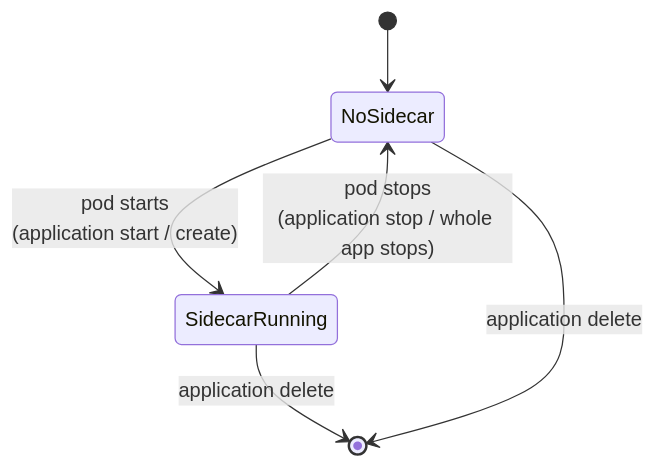
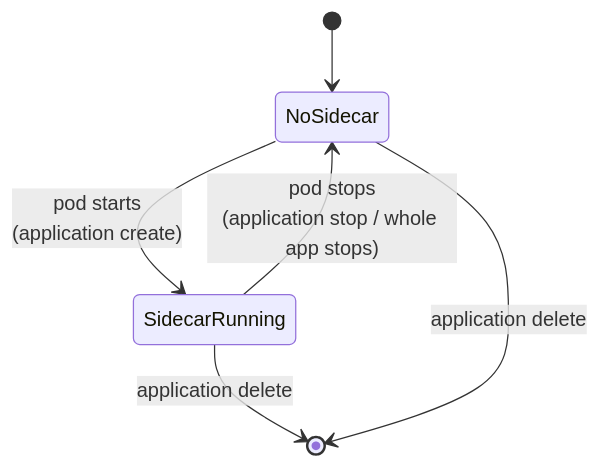
The fifth of 7 diagrams in docs/proposals/mcp-sidecar-proposal.md (IBM/project-ai-services), drawn with Mermaid before and after one commit. The commit also changed other lines of this file, not shown here.

````diff
--- a/docs/proposals/mcp-sidecar-proposal.md
+++ b/docs/proposals/mcp-sidecar-proposal.md
@@ -314,8 +314,8 @@
 ```mermaid
 stateDiagram-v2
     [*] --> NoSidecar
-    NoSidecar --> SidecarRunning: pod starts<br/>(application start / create)
+    NoSidecar --> SidecarRunning: pod starts<br/>(application create)
     SidecarRunning --> NoSidecar: pod stops<br/>(application stop / whole app stops)
     SidecarRunning --> [*]: application delete
     NoSidecar --> [*]: application delete
 ```
````
